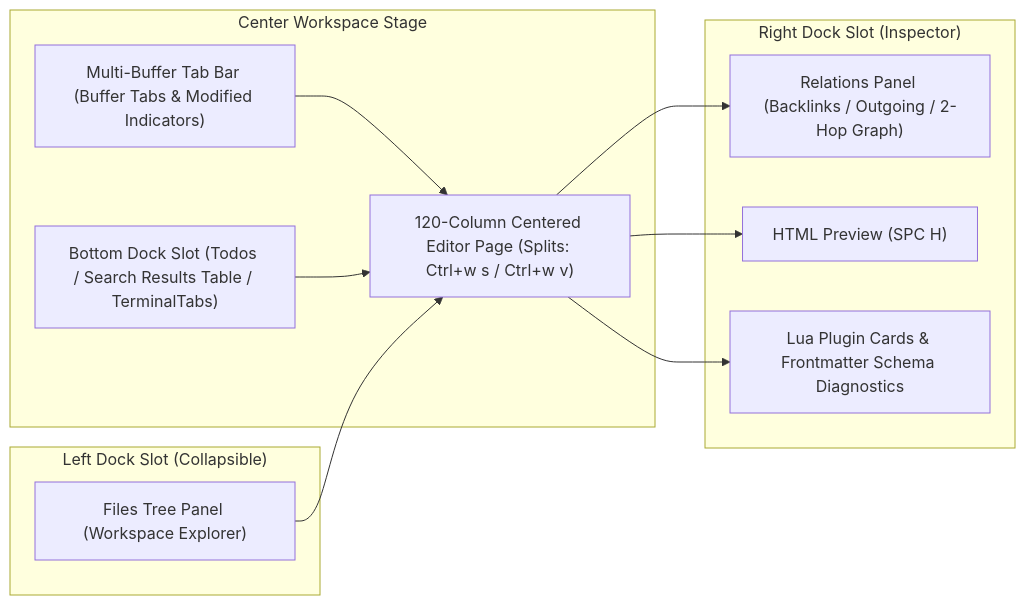
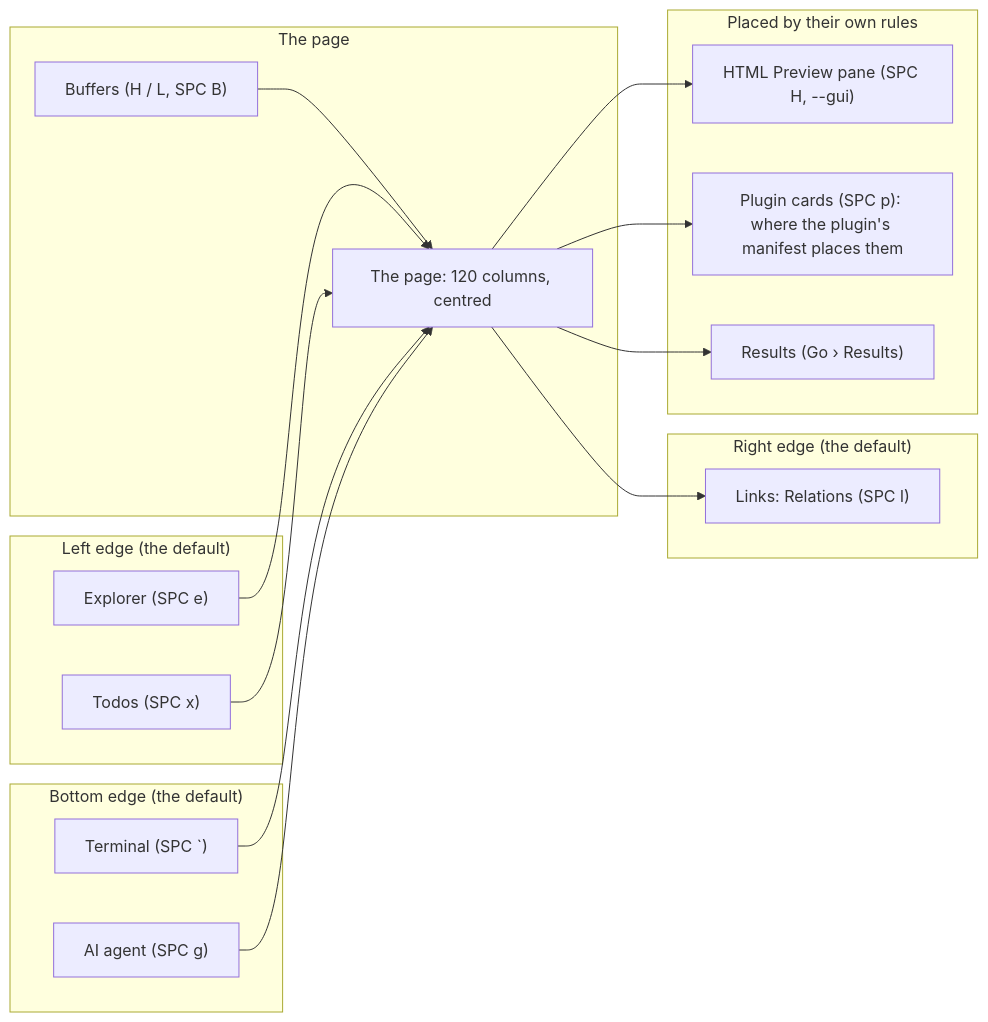
The diagram in docs/reference/03-modal-editor-and-panels/panel-docking-layout.mmd (yongjohnlee80/autodoc), drawn with Mermaid before and after one commit. The commit also changed 7 other files, not shown here.

```diff
--- a/docs/reference/03-modal-editor-and-panels/panel-docking-layout.mmd
+++ b/docs/reference/03-modal-editor-and-panels/panel-docking-layout.mmd
@@ -1,23 +1,35 @@
 flowchart LR
-    subgraph LeftDock["Left Dock Slot (Collapsible)"]
-        FILES["Files Tree Panel (Workspace Explorer)"]
+    subgraph Left["Left edge (the default)"]
+        FILES["Explorer (SPC e)"]
+        TODOS["Todos (SPC x)"]
     end
 
-    subgraph CenterStage["Center Workspace Stage"]
-        TABS["Multi-Buffer Tab Bar (Buffer Tabs & Modified Indicators)"]
-        PAGE["120-Column Centered Editor Page (Splits: Ctrl+w s / Ctrl+w v)"]
-        BOTTOM["Bottom Dock Slot (Todos / Search Results Table / TerminalTabs)"]
+    subgraph Center["The page"]
+        TABS["Buffers (H / L, SPC B)"]
+        PAGE["The page: 120 columns, centred"]
     end
 
-    subgraph RightDock["Right Dock Slot (Inspector)"]
-        REL["Relations Panel (Backlinks / Outgoing / 2-Hop Graph)"]
-        PREV["HTML Preview (SPC H)"]
-        CARDS["Lua Plugin Cards & Frontmatter Schema Diagnostics"]
+    subgraph Right["Right edge (the default)"]
+        REL["Links: Relations (SPC l)"]
+    end
+
+    subgraph Bottom["Bottom edge (the default)"]
+        TERM["Terminal (SPC `)"]
+        AGENT["AI agent (SPC g)"]
+    end
+
+    subgraph Other["Placed by their own rules"]
+        PREV["HTML Preview pane (SPC H, --gui)"]
+        CARDS["Plugin cards (SPC p): where the plugin's manifest places them"]
+        RESULTS["Results (Go › Results)"]
     end
 
     TABS --> PAGE
     FILES --> PAGE
+    TODOS --> PAGE
     PAGE --> REL
+    TERM --> PAGE
+    AGENT --> PAGE
     PAGE --> PREV
     PAGE --> CARDS
-    BOTTOM --> PAGE
+    PAGE --> RESULTS
```
